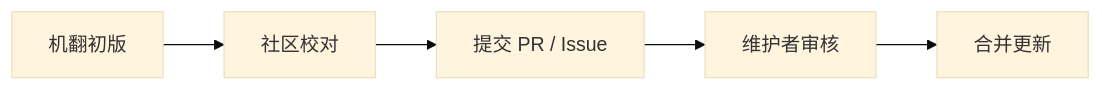
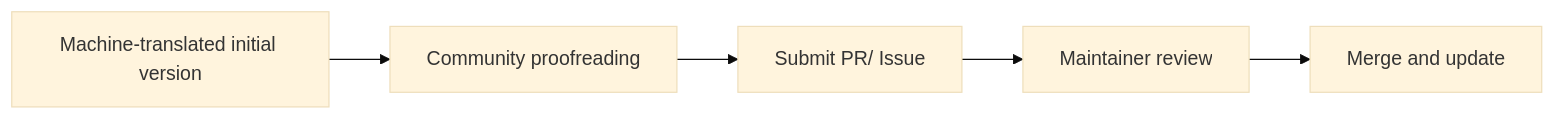
One commit to wenrui1245/CnC-WarofDawn-Language changed the diagram in README.md. Above: the diagram before and after it, drawn with Mermaid (base theme). The commit also changed other lines of this file, not shown here.

````diff
--- a/README.md
+++ b/README.md
@@ -81,7 +84,7 @@
 ```mermaid
 flowchart LR
-    A[机翻初版] --> B[社区校对]
-    B --> C[提交 PR / Issue]
-    C --> D[维护者审核]
-    D --> E[合并更新]
+    A[Machine-translated initial version] --> B[Community proofreading]
+    B --> C[Submit PR/ Issue]
+    C --> D[Maintainer review]
+    D --> E[Merge and update]
 ```
````
